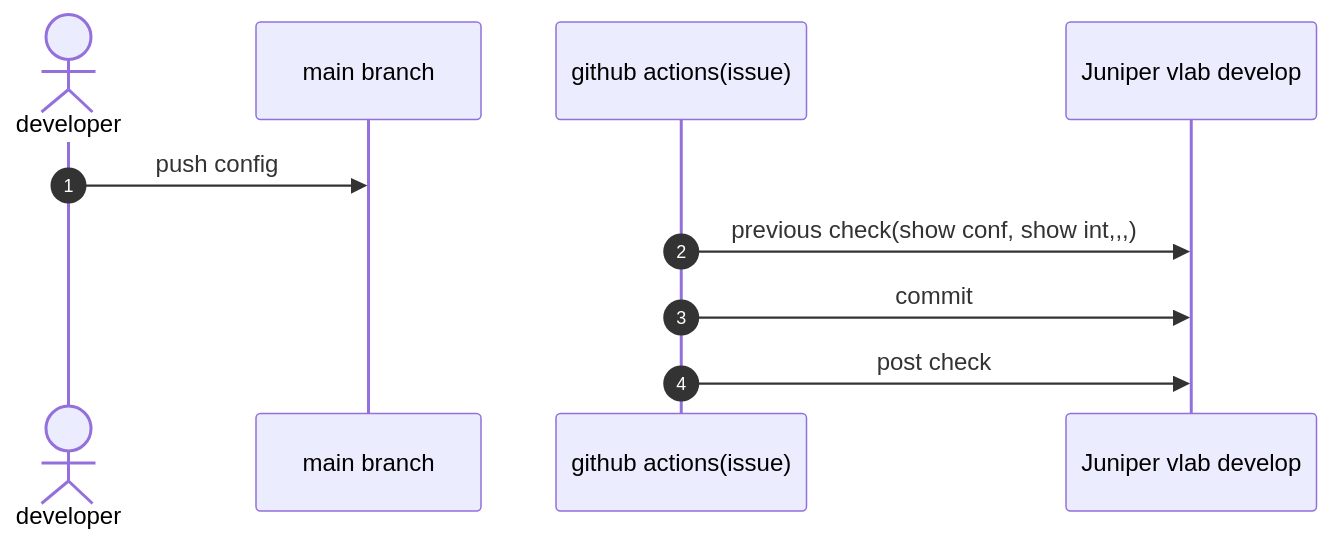
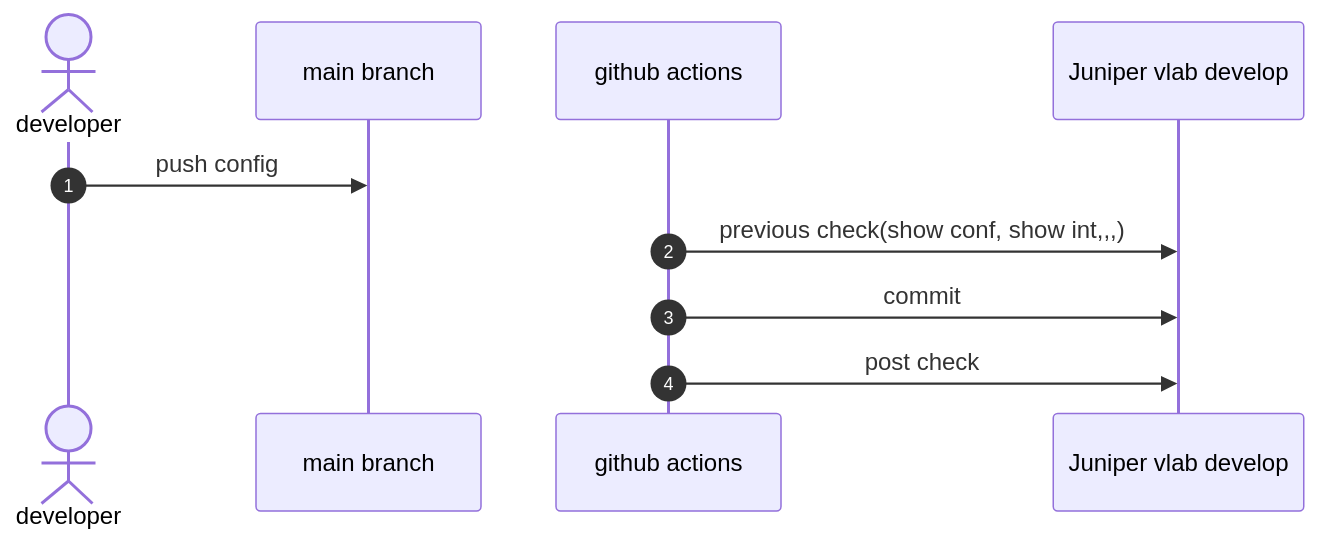
Before and after one commit to apc-nw-auto-cft/auto_check_config_project: the second of 2 diagrams in flow.md, drawn with Mermaid. The commit also changed other lines of this file, not shown here.

Commit message:
add config repo in flow.md

````diff
--- a/flow.md
+++ b/flow.md
@@ -40,13 +42,13 @@
 ```mermaid
 sequenceDiagram
   autonumber
   actor developer
   participant mb as main branch
-  participant ac as github actions(issue)
+  participant ac as github actions
   participant devlab as Juniper vlab develop
   developer->>mb: push config
   ac->>devlab: previous check(show conf, show int,,,)
   ac->>devlab: commit
   ac->>devlab: post check
 
 ```
````
